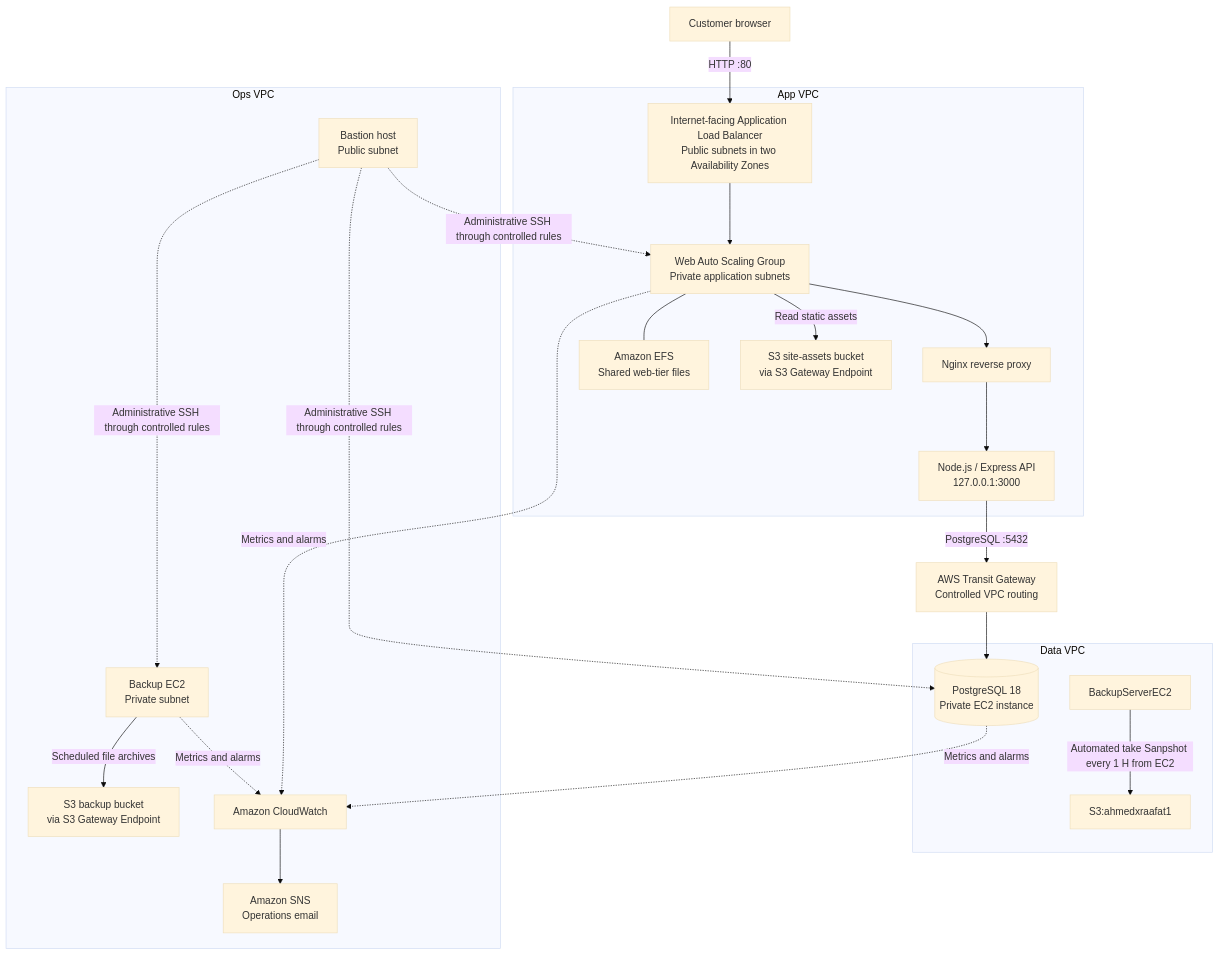
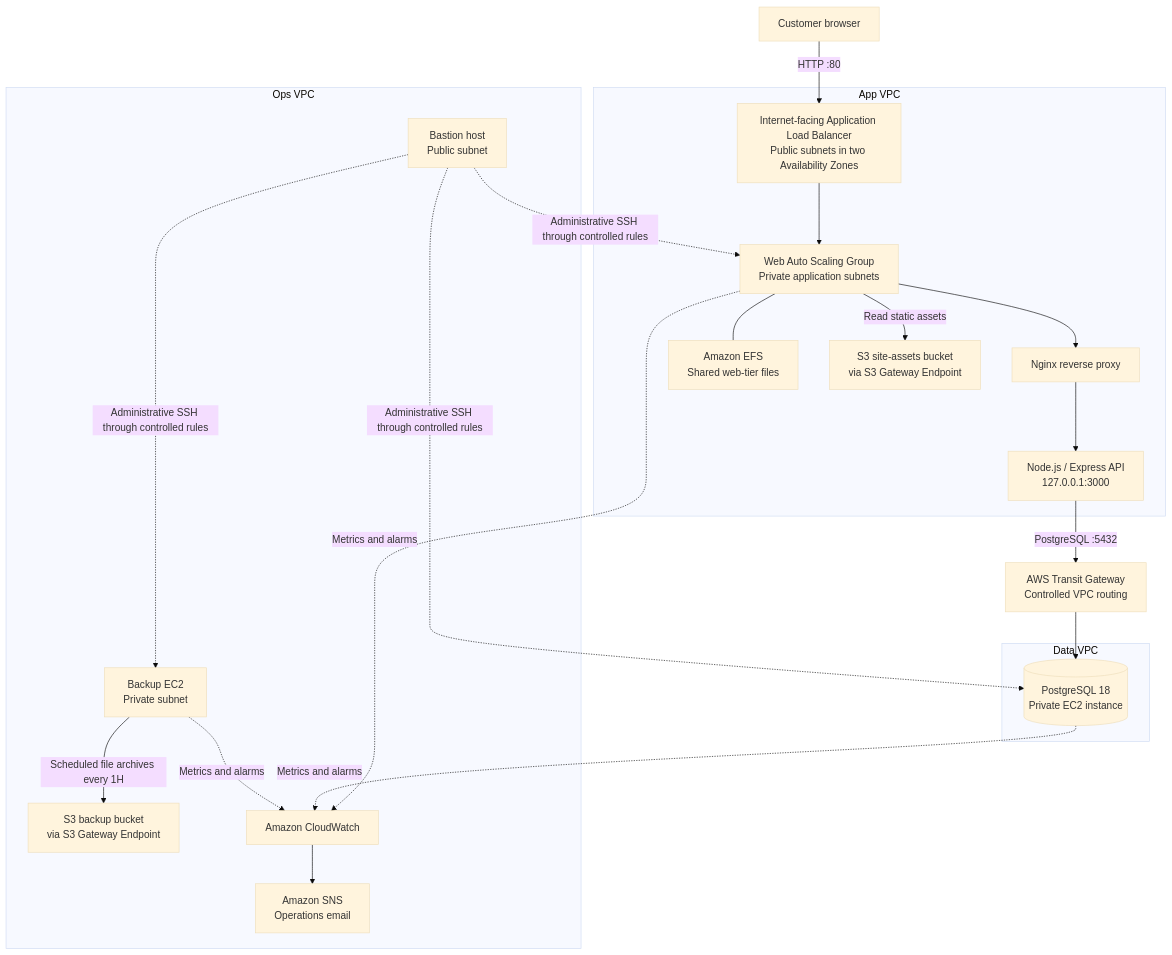
The diagram in README.md (ahmadraafat22/CloudNova), drawn with Mermaid (base theme) before and after one commit.

Commit message:
Clarify backup schedule in README
Updated backup descriptions for clarity and accuracy.

````diff
--- a/README.md
+++ b/README.md
@@ -74,36 +74,35 @@
 ```mermaid
 flowchart TB
     U[Customer browser] -->|HTTP :80| ALB[Internet-facing Application Load Balancer\nPublic subnets in two Availability Zones]
 
     subgraph APP[App VPC]
         ALB --> ASG[Web Auto Scaling Group\nPrivate application subnets]
         ASG --> N[Nginx reverse proxy]
         N --> API[Node.js / Express API\n127.0.0.1:3000]
         ASG --- EFS[Amazon EFS\nShared web-tier files]
         ASG -->|Read static assets| S3SITE[S3 site-assets bucket\nvia S3 Gateway Endpoint]
     end
 
     subgraph DATA[Data VPC]
         DB[(PostgreSQL 18\nPrivate EC2 instance)]
-        BackupServerEC2 -->|Automated take Sanpshot every 1 H from EC2|S3[S3:ahmedxraafat1]
     end
 
     subgraph OPS[Ops VPC]
         B[Bastion host\nPublic subnet]
         BK[Backup EC2\nPrivate subnet]
         S3BACKUP[S3 backup bucket\nvia S3 Gateway Endpoint]
         CW[Amazon CloudWatch]
         SNS[Amazon SNS\nOperations email]
-        BK -->|Scheduled file archives| S3BACKUP
+        BK -->|Scheduled file archives every 1H| S3BACKUP
         CW --> SNS
     end
 
     API -->|PostgreSQL :5432| TGW[AWS Transit Gateway\nControlled VPC routing]
     TGW --> DB
     B -. Administrative SSH through controlled rules .-> ASG
     B -. Administrative SSH through controlled rules .-> DB
     B -. Administrative SSH through controlled rules .-> BK
     ASG -. Metrics and alarms .-> CW
     DB -. Metrics and alarms .-> CW
     BK -. Metrics and alarms .-> CW
 ```
````
